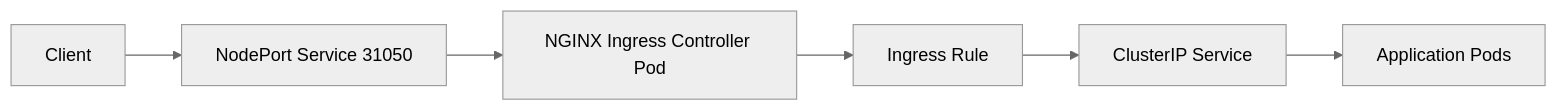
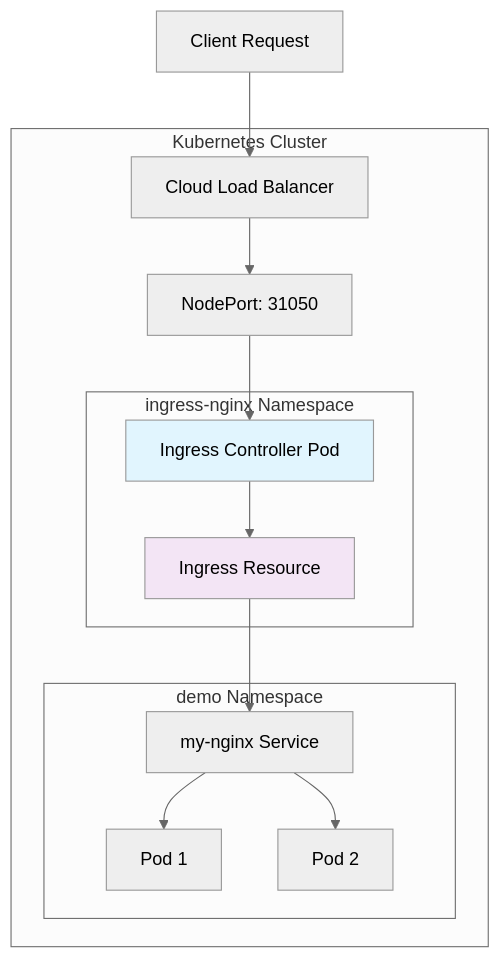
The first of 10 diagrams in README.md (bharat-bhushan05/k8s-nginx-to-gateway-api-migration), drawn with Mermaid (neutral theme) before and after one commit. The commit also changed other lines of this file, not shown here.

````diff
--- a/README.md
+++ b/README.md
@@ -34,8 +40,22 @@
 ```mermaid
-flowchart LR
-    Client --> NodePort[NodePort Service 31050]
-    NodePort --> IngressCtrl[NGINX Ingress Controller Pod]
-    IngressCtrl --> IngressRule[Ingress Rule]
-    IngressRule --> Service[ClusterIP Service]
-    Service --> Pods[Application Pods]
+graph TB
+    Client[Client Request] --> LB[Cloud Load Balancer]
+    
+    subgraph "Kubernetes Cluster"
+        LB --> NodePort[NodePort: 31050]
+        NodePort --> IC[Ingress Controller Pod]
+        
+        subgraph "ingress-nginx Namespace"
+            IC --> Ingress[Ingress Resource]
+        end
+        
+        subgraph "demo Namespace"
+            Ingress --> Service[my-nginx Service]
+            Service --> Pod1[Pod 1]
+            Service --> Pod2[Pod 2]
+        end
+    end
+    
+    style IC fill:#e1f5fe
+    style Ingress fill:#f3e5f5
 ```
````
